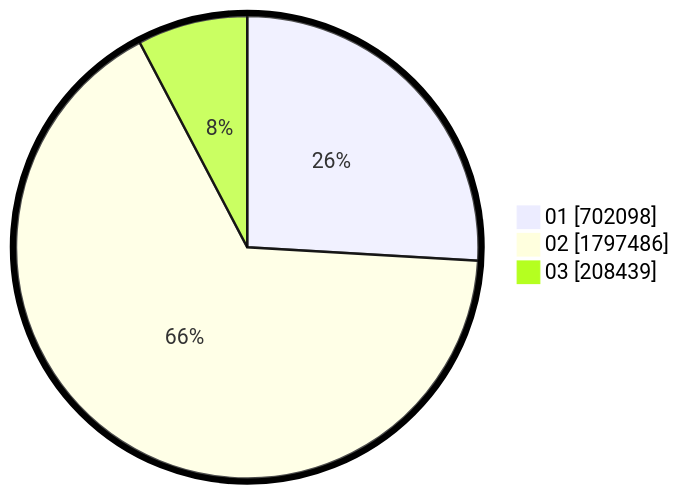
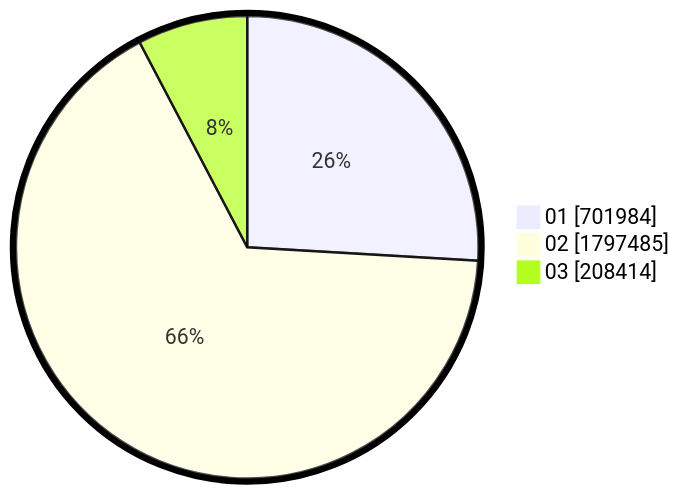
The second of 2 diagrams in pilpres/hitung-suara/sub/table-wilayah-52.md (gigit-pemilu/pemilu-2024), drawn with Mermaid before and after one commit. The commit also changed other lines of this file and 10 other files, not shown here.

````diff
--- a/pilpres/hitung-suara/sub/table-wilayah-52.md
+++ b/pilpres/hitung-suara/sub/table-wilayah-52.md
@@ -15,7 +15,7 @@
 ```mermaid
 %%{init: {"pie": {"textPosition": 0.5}, "themeVariables": {"pieOuterStrokeWidth": "5px"}} }%%
 pie showData
-    "01" : 702098
-    "02" : 1797486
-    "03" : 208439
+    "01" : 701984
+    "02" : 1797485
+    "03" : 208414
 ```
````
